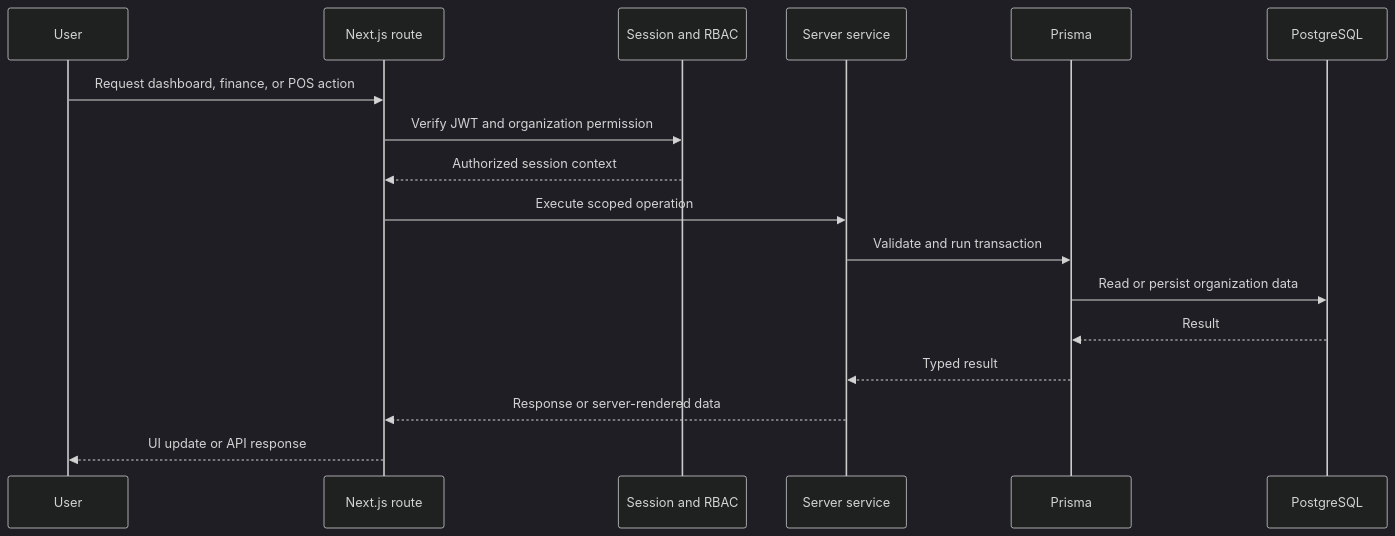
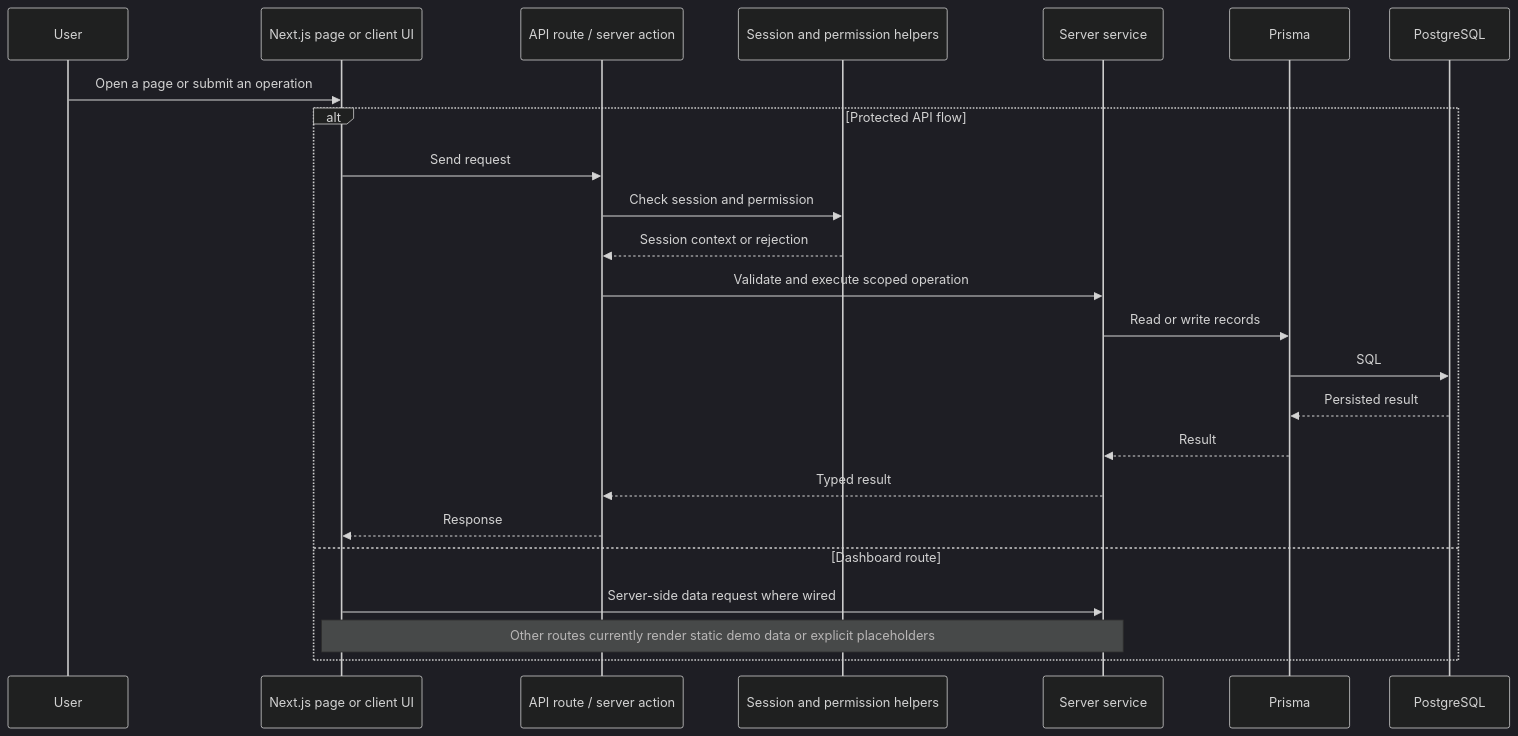
One commit to kk666679/Franchise-Management changed the second of 3 diagrams in README.md. Above: the diagram before and after it, drawn with Mermaid (dark theme). The commit also changed other lines of this file and 19 other files, not shown here.

Commit message:
feat: improve dashboard finance and franchise workflows

````diff
--- a/README.md
+++ b/README.md
@@ -67,20 +121,27 @@
 ```mermaid
 sequenceDiagram
-    participant U as User
-    participant N as Next.js route
-    participant S as Session and RBAC
-    participant F as Server service
-    participant P as Prisma
-    participant D as PostgreSQL
+    participant User
+    participant UI as Next.js page or client UI
+    participant API as API route / server action
+    participant Auth as Session and permission helpers
+    participant Service as Server service
+    participant Prisma
+    participant DB as PostgreSQL
 
-    U->>N: Request dashboard, finance, or POS action
-    N->>S: Verify JWT and organization permission
-    S-->>N: Authorized session context
-    N->>F: Execute scoped operation
-    F->>P: Validate and run transaction
-    P->>D: Read or persist organization data
-    D-->>P: Result
-    P-->>F: Typed result
-    F-->>N: Response or server-rendered data
-    N-->>U: UI update or API response
+    User->>UI: Open a page or submit an operation
+    alt Protected API flow
+        UI->>API: Send request
+        API->>Auth: Check session and permission
+        Auth-->>API: Session context or rejection
+        API->>Service: Validate and execute scoped operation
+        Service->>Prisma: Read or write records
+        Prisma->>DB: SQL
+        DB-->>Prisma: Persisted result
+        Prisma-->>Service: Result
+        Service-->>API: Typed result
+        API-->>UI: Response
+    else Dashboard route
+        UI->>Service: Server-side data request where wired
+        Note over UI,Service: Other routes currently render static demo data or explicit placeholders
+    end
 ```
````
